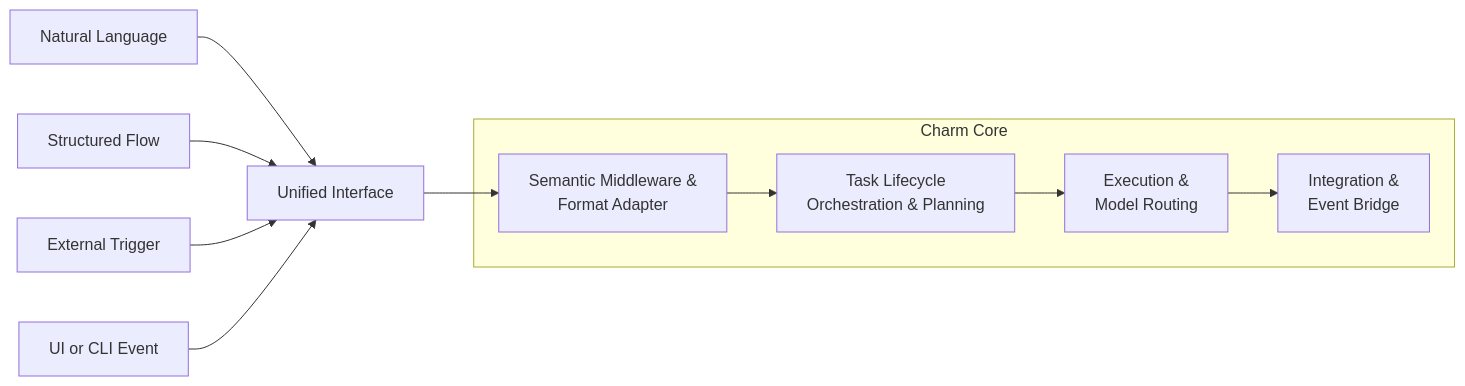
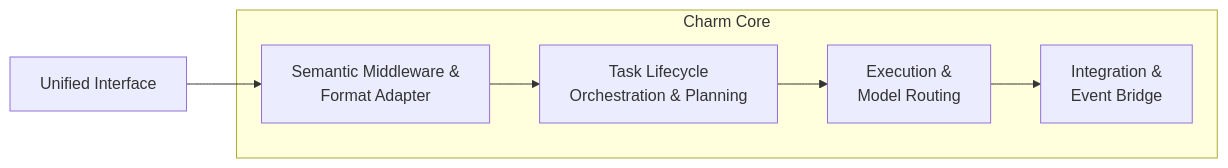
Before and after one commit to CharmAIOS/CharmOS: the first of 3 diagrams in README.md, drawn with Mermaid.

````diff
--- a/README.md
+++ b/README.md
@@ -21,15 +21,12 @@
 ```mermaid
 graph LR
-        A1[Natural Language] --> UI[Unified Interface]
-        A2[Structured Flow] --> UI
-        A3[External Trigger] --> UI
-        A4[UI or CLI Event] --> UI
+    UI[Unified Interface]
 
-    UI --> SM
+    UI[Unified Interface] --> SM
 
     subgraph Charm Core
         SM[Semantic Middleware &<br/>Format Adapter] --> ORCH[Task Lifecycle<br/>Orchestration & Planning]
         ORCH --> EXE[Execution &<br/>Model Routing]
         EXE --> IEB[Integration &<br/>Event Bridge]
 end
 ```
````
